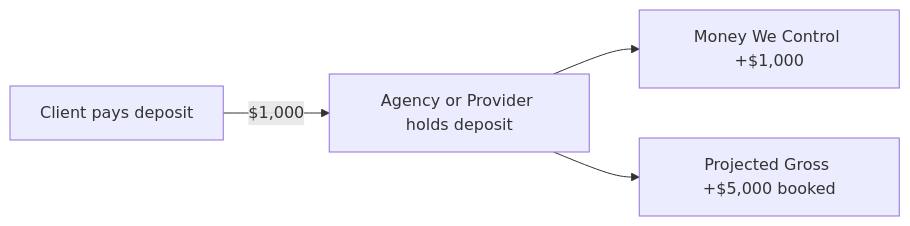
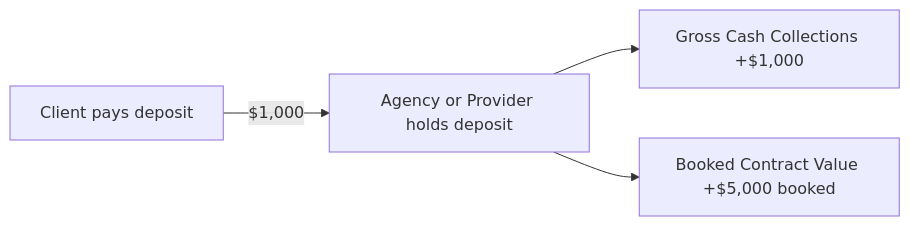
One commit to sethrock/AppointmentManager-1 changed the second of 5 diagrams in docs/appointment-lifecycle.md. Above: the diagram before and after it, drawn with Mermaid. The commit also changed other lines of this file and 37 other files, not shown here.

````diff
--- a/docs/appointment-lifecycle.md
+++ b/docs/appointment-lifecycle.md
@@ -39,6 +39,6 @@
 ```mermaid
 flowchart LR
     Client[Client pays deposit] -->|"$1,000"| Agency[Agency or Provider holds deposit]
-    Agency --> MWC[Money We Control +$1,000]
-    Agency --> PG[Projected Gross +$5,000 booked]
+    Agency --> MWC[Gross Cash Collections +$1,000]
+    Agency --> PG[Booked Contract Value +$5,000 booked]
 ```
````
